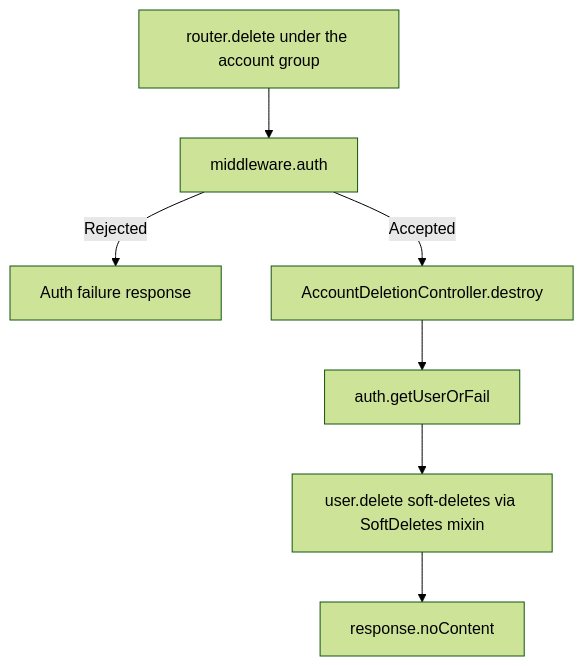
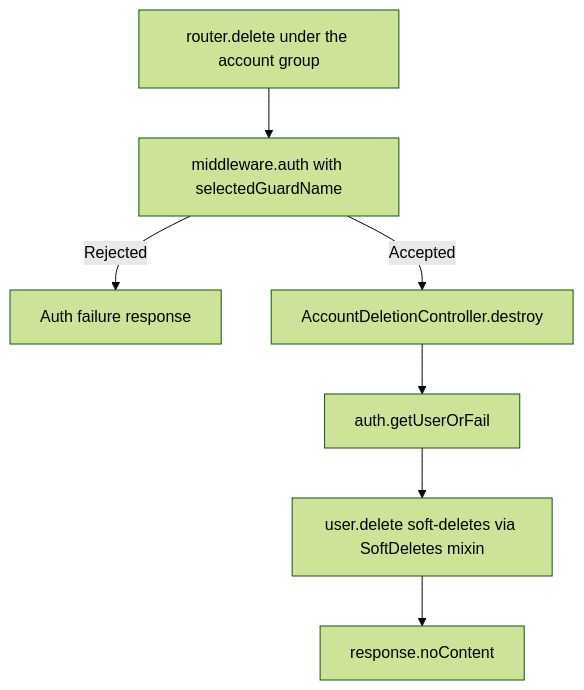
The second of 2 diagrams in user-stories/example-apps/us-demo-01-api-account-deletion.md (Kevinjohn/oss-adonisjs-lucid-soft-delete), drawn with Mermaid (forest theme) before and after one commit. The commit also changed other lines of this file and 10 other files, not shown here.

````diff
--- a/user-stories/example-apps/us-demo-01-api-account-deletion.md
+++ b/user-stories/example-apps/us-demo-01-api-account-deletion.md
@@ -34,9 +34,9 @@
 ```mermaid
 flowchart TD
-    A["router.delete under the account group"] --> B["middleware.auth"]
+    A["router.delete under the account group"] --> B["middleware.auth with selectedGuardName"]
     B -->|Rejected| C["Auth failure response"]
     B -->|Accepted| D["AccountDeletionController.destroy"]
     D --> E["auth.getUserOrFail"]
     E --> F["user.delete soft-deletes via SoftDeletes mixin"]
     F --> G["response.noContent"]
 ```
````
